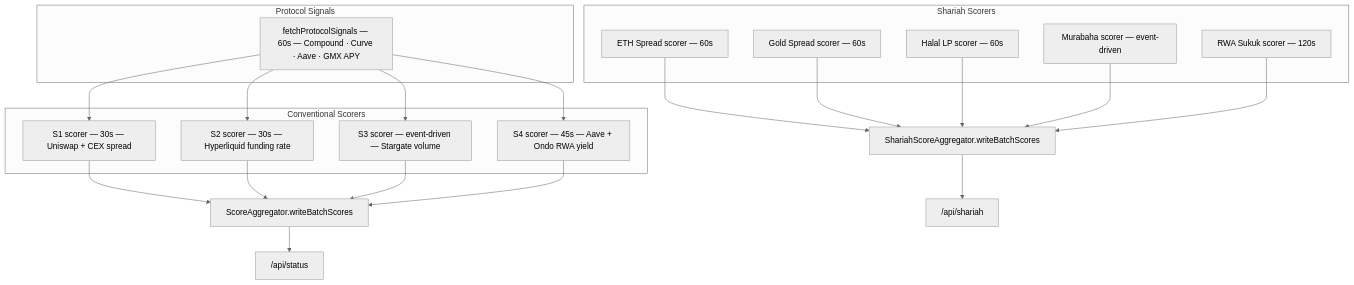
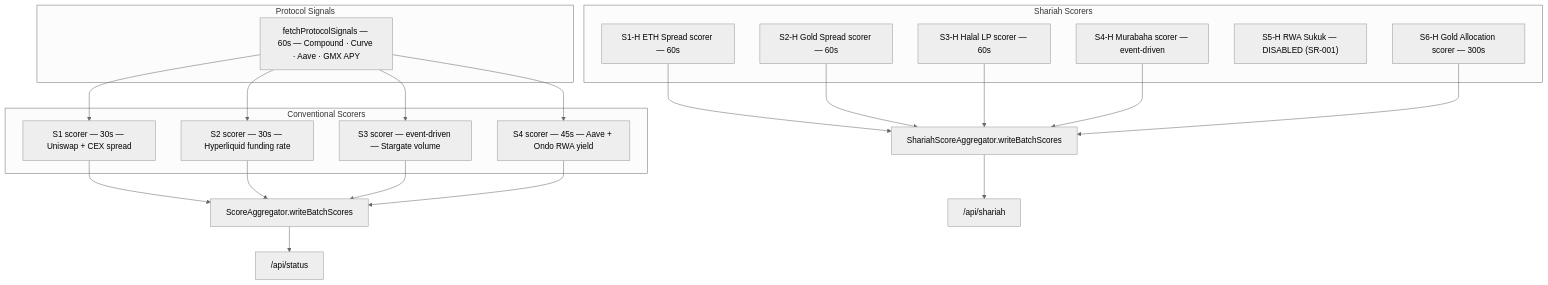
Before and after one commit to 0xhaz/DefiVault-Finance: the fifth of 10 diagrams in README.md, drawn with Mermaid (neutral theme). The commit also changed other lines of this file and 173 other files, not shown here.

````diff
--- a/README.md
+++ b/README.md
@@ -358,28 +363,29 @@
 ```mermaid
 flowchart TD
     subgraph CONV ["Conventional Scorers"]
         S1["S1 scorer — 30s — Uniswap + CEX spread"]
         S2["S2 scorer — 30s — Hyperliquid funding rate"]
         S3["S3 scorer — event-driven — Stargate volume"]
         S4["S4 scorer — 45s — Aave + Ondo RWA yield"]
     end
 
     subgraph SHAR ["Shariah Scorers"]
-        SH1["ETH Spread scorer — 60s"]
-        SH2["Gold Spread scorer — 60s"]
-        SH3["Halal LP scorer — 60s"]
-        SH4["Murabaha scorer — event-driven"]
-        SH5["RWA Sukuk scorer — 120s"]
+        SH1["S1-H ETH Spread scorer — 60s"]
+        SH2["S2-H Gold Spread scorer — 60s"]
+        SH3["S3-H Halal LP scorer — 60s"]
+        SH4["S4-H Murabaha scorer — event-driven"]
+        SH5["S5-H RWA Sukuk — DISABLED (SR-001)"]
+        SH6["S6-H Gold Allocation scorer — 300s"]
     end
 
     subgraph PROTO ["Protocol Signals"]
         PS["fetchProtocolSignals — 60s — Compound · Curve · Aave · GMX APY"]
     end
 
     S1 & S2 & S3 & S4 --> AGG_W[ScoreAggregator.writeBatchScores]
-    SH1 & SH2 & SH3 & SH4 & SH5 --> SAGG_W[ShariahScoreAggregator.writeBatchScores]
+    SH1 & SH2 & SH3 & SH4 & SH6 --> SAGG_W[ShariahScoreAggregator.writeBatchScores]
     PS --> S1 & S2 & S3 & S4
 
     AGG_W --> API["/api/status"]
     SAGG_W --> SHARIAH_API["/api/shariah"]
 ```
````
